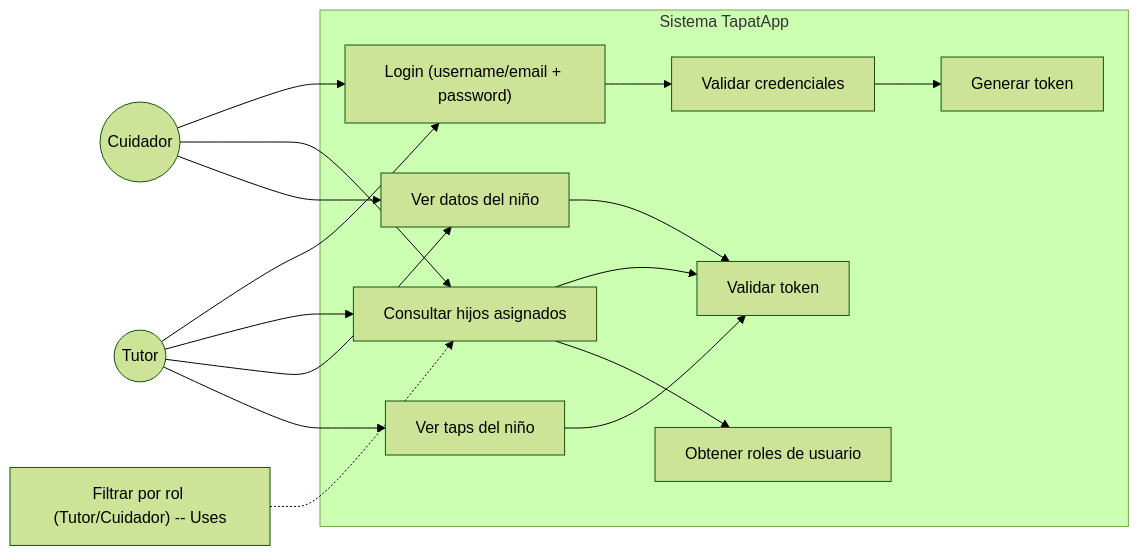
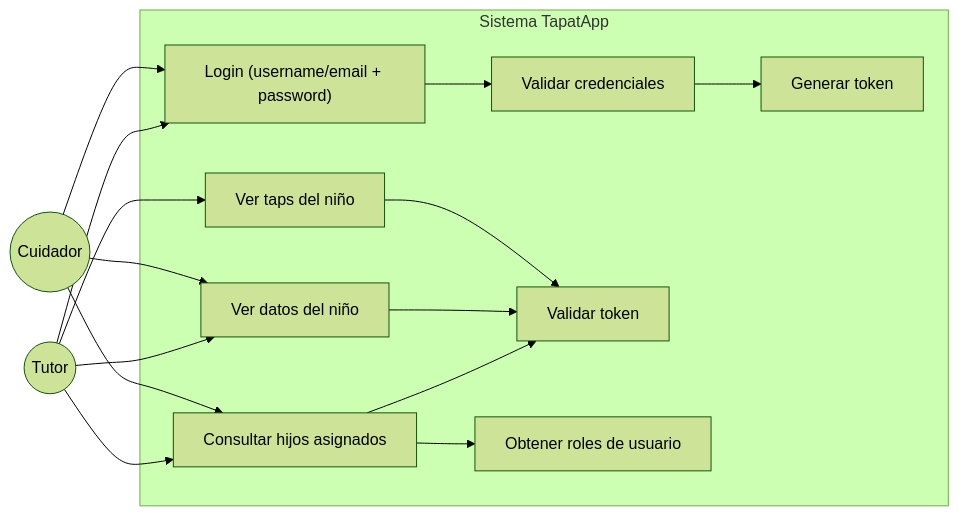
The diagram in chart/diagramaDus.mmd (kevin18-07/entorns-25-26), drawn with Mermaid (forest theme) before and after one commit.

```diff
--- a/chart/diagramaDus.mmd
+++ b/chart/diagramaDus.mmd
@@ -1,29 +1,27 @@
 flowchart LR
 
 subgraph Sistema["Sistema TapatApp"]
 
     UC1["Login (username/email + password)"]
     UC2["Validar credenciales"]
     UC3["Generar token"]
 
     UC4["Consultar hijos asignados"]
     UC5["Ver datos del niño"]
     UC6["Ver taps del niño"]
 
     UC7["Validar token"]
     UC8["Obtener roles de usuario"]
 
 end
 
 Tutor(("Tutor")) --> UC1 & UC4 & UC5 & UC6
 Cuidador(("Cuidador")) --> UC1 & UC4 & UC5
 
 UC1 --> UC2 --> UC3
 
 UC4 --> UC7
 UC5 --> UC7
 UC6 --> UC7
 
 UC4 --> UC8
-
-UC9["Filtrar por rol (Tutor/Cuidador)" -- Uses] -.-> UC4
```
